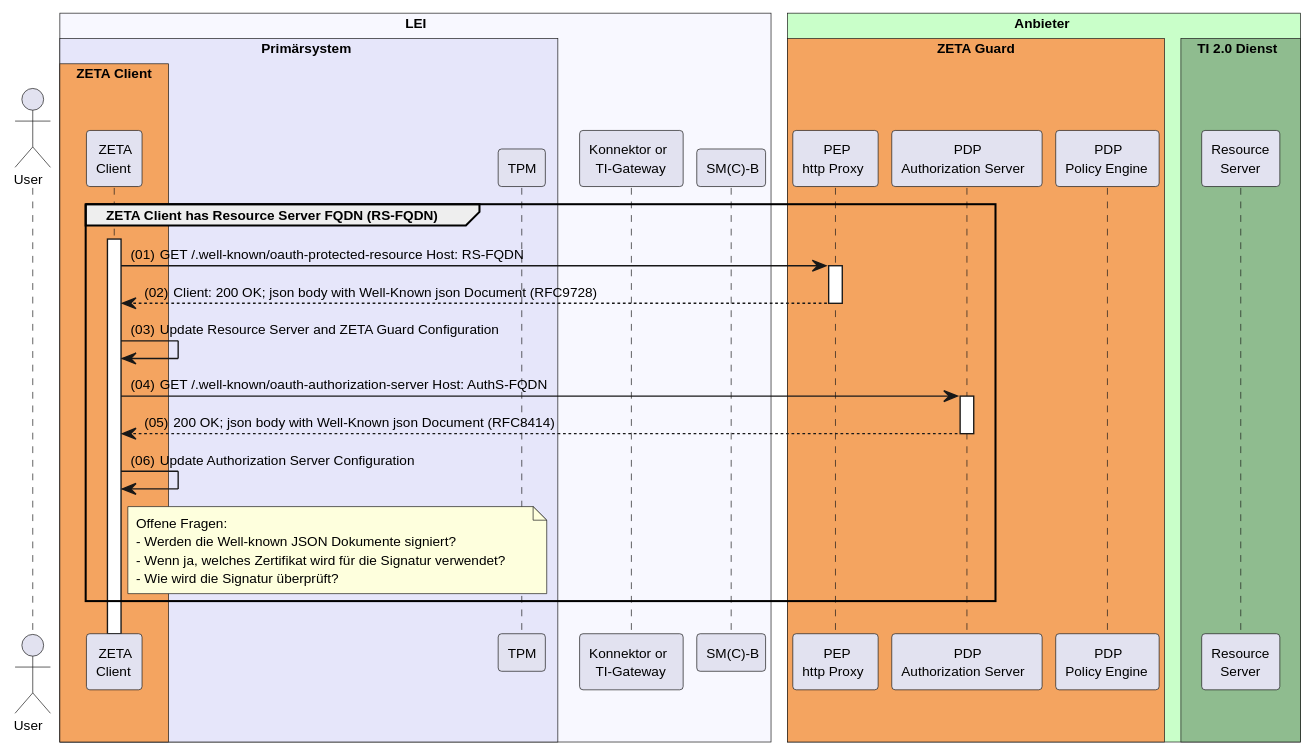
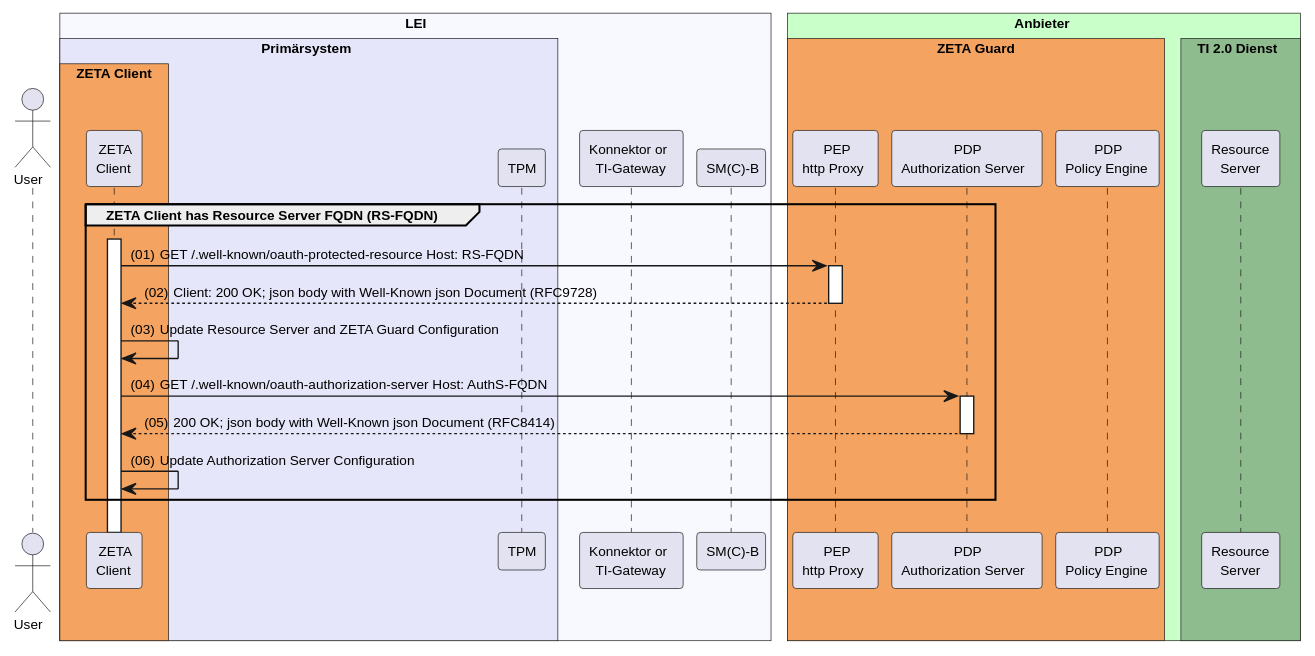
The diagram in src/plantuml/tpm-attestation-and-token-exchange/discovery-and-configuration.puml (gematik/zeta), drawn with PlantUML before and after one commit. The commit also changed 4 other files, not shown here.

Commit message:
Enhance attestation flow: update diagrams to reflect client instance key generation, improve attestation challenge descriptions, and add software attestation method to schemas.

```diff
--- a/src/plantuml/tpm-attestation-and-token-exchange/discovery-and-configuration.puml
+++ b/src/plantuml/tpm-attestation-and-token-exchange/discovery-and-configuration.puml
@@ -1,55 +1,48 @@
 @startuml "discovery-and-configuration"
 autonumber "(00)"
 skinparam defaultFontSize 10
 skinparam defaultFontName Helvetica
 skinparam DefaultMonospacedFontName Courier
 skinparam lengthAdjust none
 skinparam sequenceReferenceBackgroundColor White
 skinparam SequenceReferenceFontSize 12
 /'skinparam SequenceReferenceFontStyle bold
 '/
 
 
 !pragma teoz true
 
 Actor User
 box "LEI" #GhostWhite
   box "Primärsystem" #Lavender
     box "ZETA Client" #SandyBrown
       participant Client as "ZETA\nClient"
     end box
     participant TPM as "TPM"
   end box
   participant Konnektor as "Konnektor or\nTI-Gateway"
   participant SMB as "SM(C)-B"
 end box
 
 box "Anbieter" #TECHNOLOGY
   box "ZETA Guard" #SandyBrown
     participant HP as "PEP\nhttp Proxy"
     participant AuthS as "PDP\nAuthorization Server" 
     participant PE as "PDP\nPolicy Engine"
   end box
     box TI 2.0 Dienst #DarkSeaGreen
       participant RS as "Resource\nServer"
     end box
 end box
 
 group ZETA Client has Resource Server FQDN (RS-FQDN)
   Client ++
   Client -> HP ++ : GET /.well-known/oauth-protected-resource Host: RS-FQDN
   HP --> Client -- : Client: 200 OK; json body with Well-Known json Document (RFC9728)
   Client -> Client: Update Resource Server and ZETA Guard Configuration
   Client -> AuthS ++ : GET /.well-known/oauth-authorization-server Host: AuthS-FQDN
   AuthS --> Client -- : 200 OK; json body with Well-Known json Document (RFC8414)
   Client -> Client: Update Authorization Server Configuration
-  
-  note right of Client
-    Offene Fragen:
-    - Werden die Well-known JSON Dokumente signiert?
-    - Wenn ja, welches Zertifikat wird für die Signatur verwendet?
-    - Wie wird die Signatur überprüft?
-  end note
 end
 
 @enduml
```
